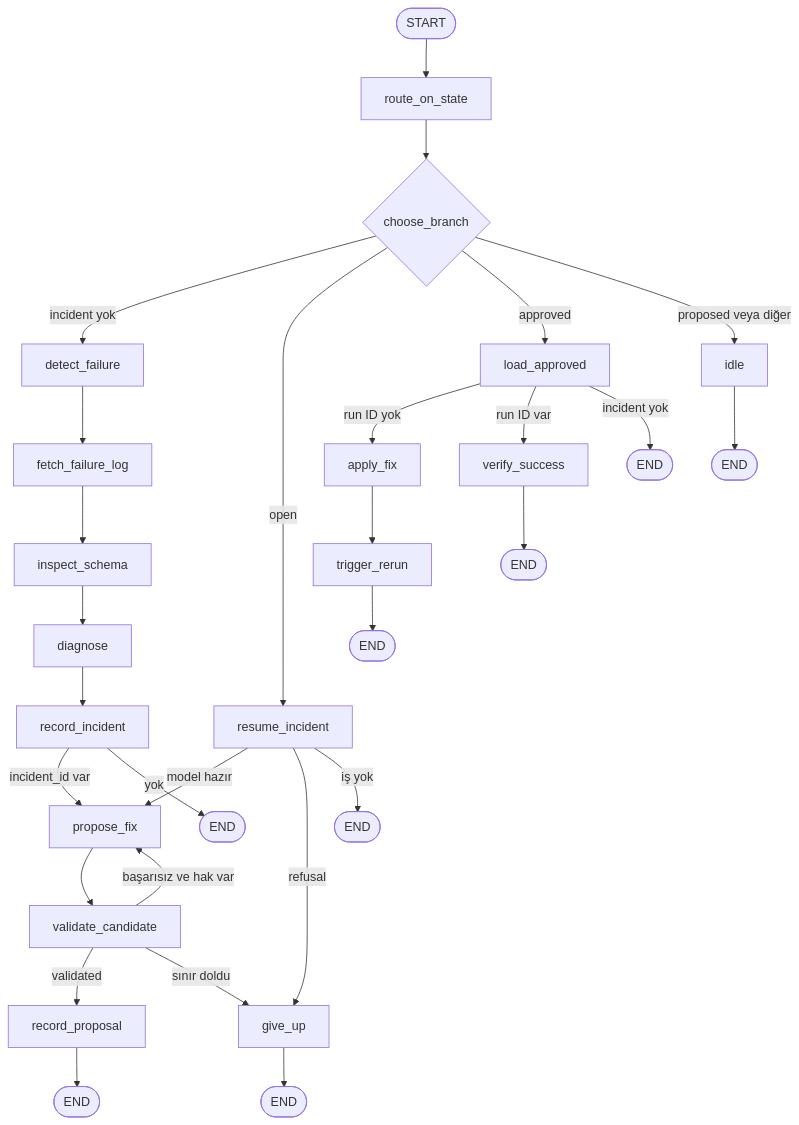
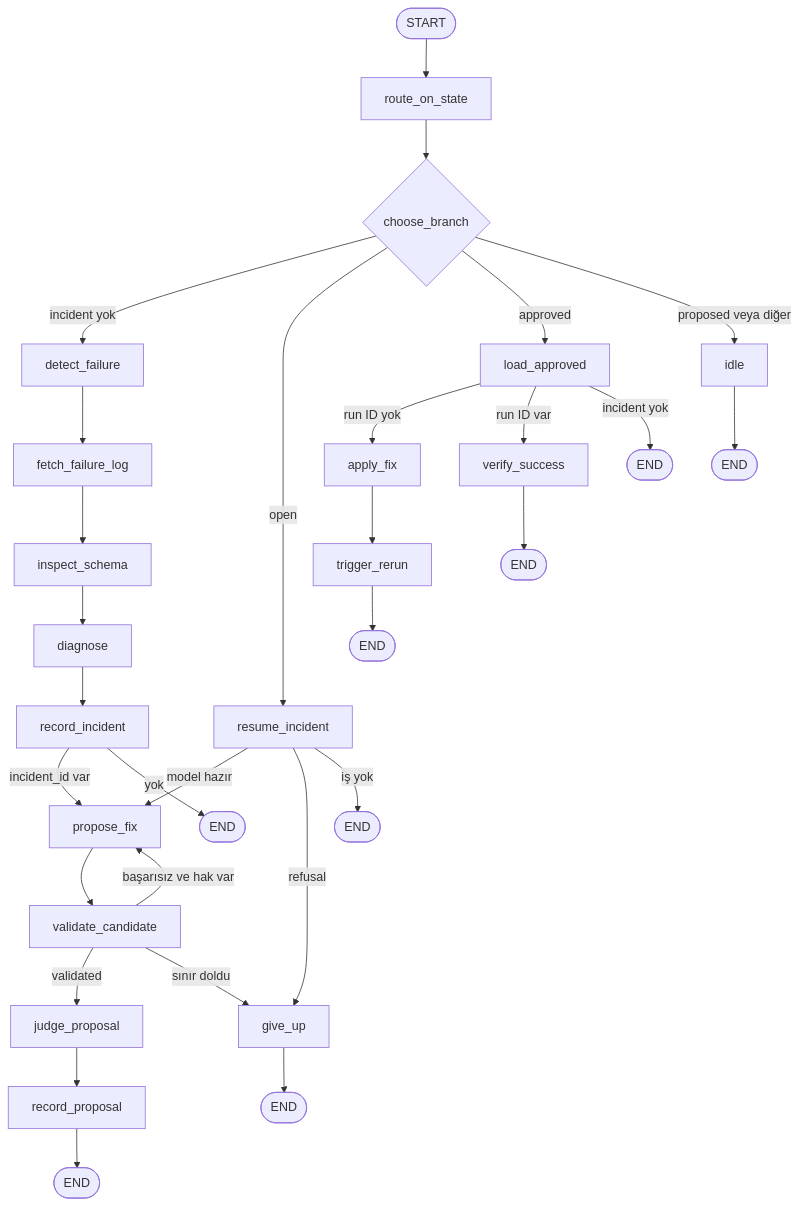
The first of 4 diagrams in docs/AGENT-LLD.md (cemalcici/adc-agentic-data-engineering-demo), drawn with Mermaid before and after one commit. The commit also changed other lines of this file and 18 other files, not shown here.

````diff
--- a/docs/AGENT-LLD.md
+++ b/docs/AGENT-LLD.md
@@ -24,37 +24,38 @@
 ```mermaid
 flowchart TD
     S([START]) --> R[route_on_state]
     R --> C{choose_branch}
 
     C -->|incident yok| D[detect_failure]
     C -->|open| RI[resume_incident]
     C -->|approved| LA[load_approved]
     C -->|proposed veya diğer| I[idle]
 
     I --> E1([END])
 
     D --> FL[fetch_failure_log]
     FL --> IS[inspect_schema]
     IS --> DG[diagnose]
     DG --> RC[record_incident]
     RC -->|incident_id var| PF[propose_fix]
     RC -->|yok| E2([END])
 
     RI -->|model hazır| PF
     RI -->|refusal| GU[give_up]
     RI -->|iş yok| E3([END])
 
     PF --> VC[validate_candidate]
-    VC -->|validated| RP[record_proposal]
+    VC -->|validated| JP[judge_proposal]
+    JP --> RP[record_proposal]
     VC -->|başarısız ve hak var| PF
     VC -->|sınır doldu| GU
     RP --> E4([END])
     GU --> E5([END])
 
     LA -->|run ID yok| AF[apply_fix]
     LA -->|run ID var| VS[verify_success]
     LA -->|incident yok| E6([END])
     AF --> TR[trigger_rerun]
     TR --> E7([END])
     VS --> E8([END])
 ```
````
